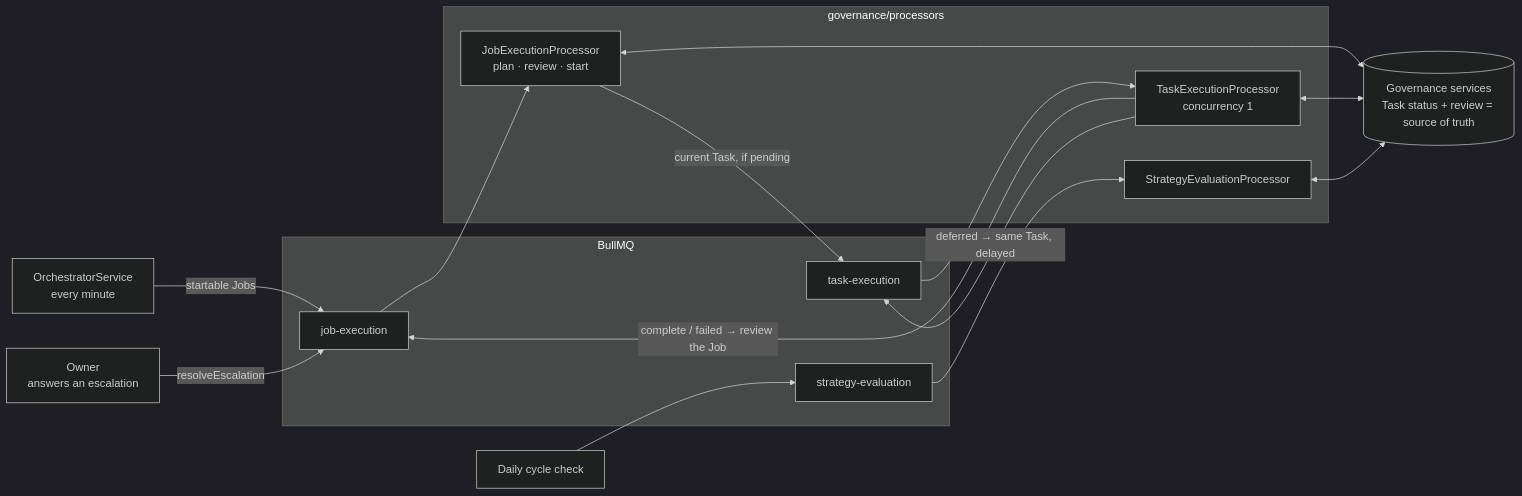
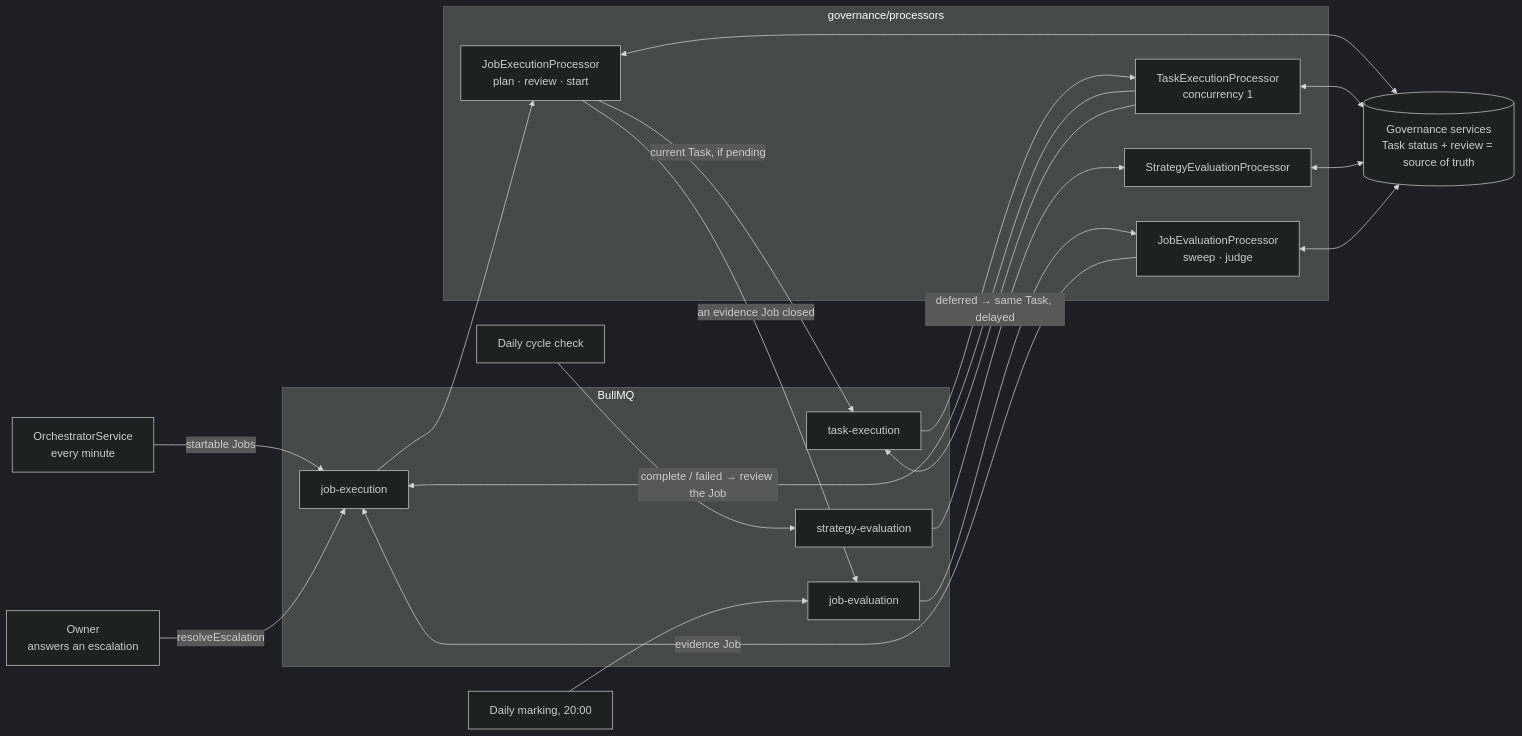
Before and after one commit to BaraaSoft/agentcores: the first of 5 diagrams in packages/backend/src/governance/processors/tech-spec.md, drawn with Mermaid (dark theme). The commit also changed other lines of this file and 46 other files, not shown here.

First line of the commit message:
Add job evaluation module and processor for enhanced job assessments

````diff
--- a/packages/backend/src/governance/processors/tech-spec.md
+++ b/packages/backend/src/governance/processors/tech-spec.md
@@ -28,31 +30,38 @@
 ```mermaid
 flowchart LR
     Orch["OrchestratorService<br/>every minute"]
     Owner["Owner<br/>answers an escalation"]
     Cron["Daily cycle check"]
+    EvalCron["Daily marking, 20:00"]
 
     subgraph Queues["BullMQ"]
         JQ["job-execution"]
         TQ["task-execution"]
         SQ["strategy-evaluation"]
+        EQ["job-evaluation"]
     end
 
     subgraph Processors["governance/processors"]
         JP["JobExecutionProcessor<br/>plan · review · start"]
         TP["TaskExecutionProcessor<br/>concurrency 1"]
         SP["StrategyEvaluationProcessor"]
+        EP["JobEvaluationProcessor<br/>sweep · judge"]
     end
 
     DB[("Governance services<br/>Task status + review = source of truth")]
 
     Orch -- "startable Jobs" --> JQ
     Owner -- "resolveEscalation" --> JQ
     Cron --> SQ
     JQ --> JP
     JP -- "current Task, if pending" --> TQ
     TQ --> TP
     TP -- "complete / failed → review the Job" --> JQ
     TP -- "deferred → same Task, delayed" --> TQ
     SQ --> SP
-    JP & TP & SP <--> DB
+    EvalCron --> EQ
+    EQ --> EP
+    EP -- "evidence Job" --> JQ
+    JP -- "an evidence Job closed" --> EQ
+    JP & TP & SP & EP <--> DB
 ```
````
